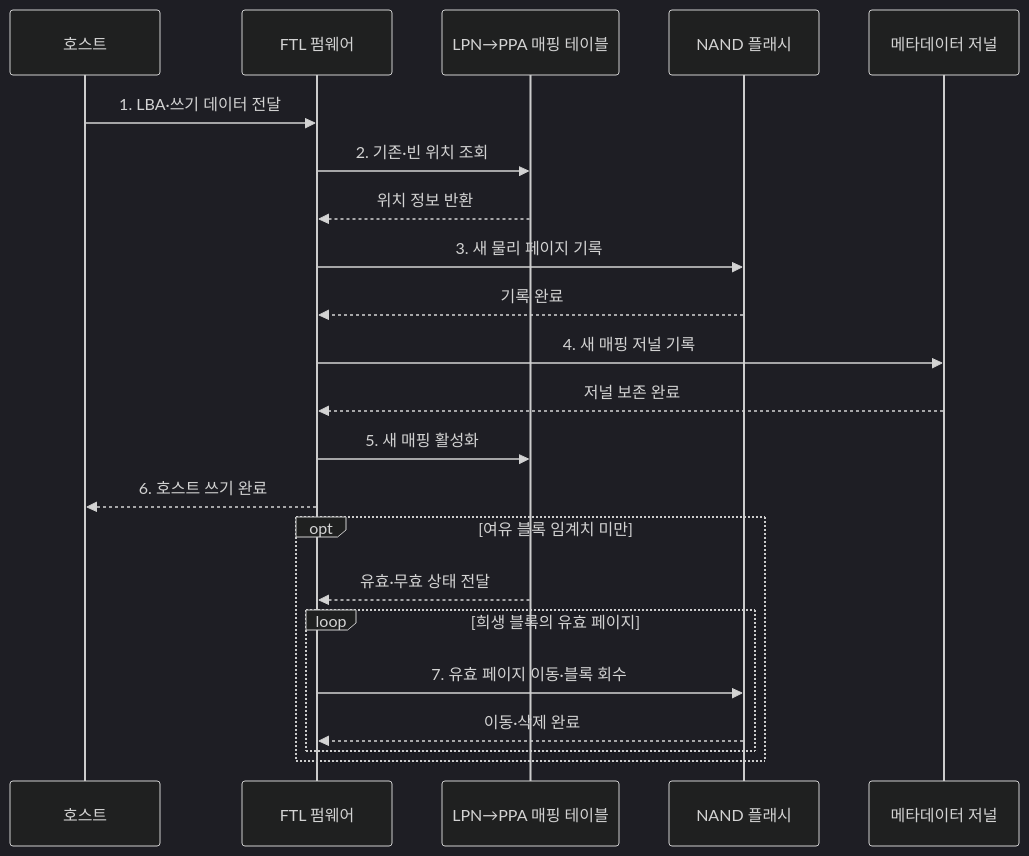
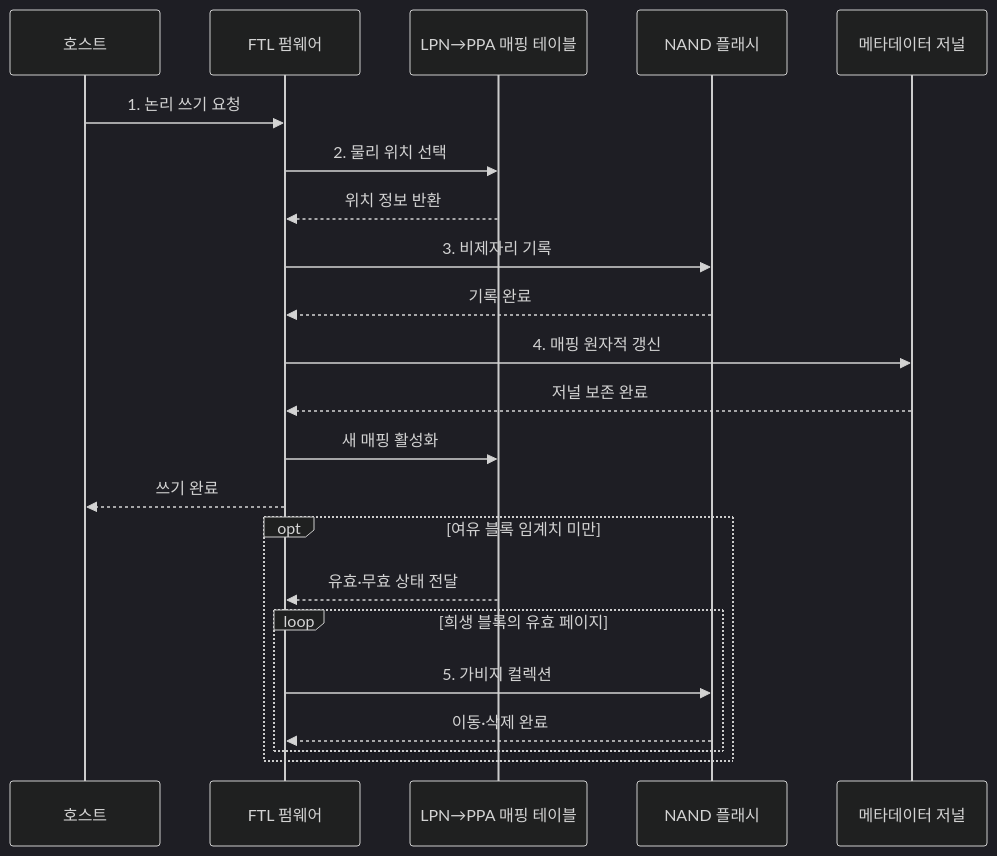
One commit to agnusdei1207/knowledge-base changed the second of 2 diagrams in src/content/docs/notes/02-hardware/030_ssd_ftl.md. Above: the diagram before and after it, drawn with Mermaid (dark theme). The commit also changed other lines of this file and 86 other files, not shown here.

````diff
--- a/src/content/docs/notes/02-hardware/030_ssd_ftl.md
+++ b/src/content/docs/notes/02-hardware/030_ssd_ftl.md
@@ -96,25 +96,25 @@
 ```mermaid
 sequenceDiagram
     participant H as 호스트
     participant F as FTL 펌웨어
     participant M as LPN→PPA 매핑 테이블
     participant N as NAND 플래시
     participant J as 메타데이터 저널
 
-    H->>F: 1. LBA·쓰기 데이터 전달
-    F->>M: 2. 기존·빈 위치 조회
+    H->>F: 1. 논리 쓰기 요청
+    F->>M: 2. 물리 위치 선택
     M-->>F: 위치 정보 반환
-    F->>N: 3. 새 물리 페이지 기록
+    F->>N: 3. 비제자리 기록
     N-->>F: 기록 완료
-    F->>J: 4. 새 매핑 저널 기록
+    F->>J: 4. 매핑 원자적 갱신
     J-->>F: 저널 보존 완료
-    F->>M: 5. 새 매핑 활성화
-    F-->>H: 6. 호스트 쓰기 완료
+    F->>M: 새 매핑 활성화
+    F-->>H: 쓰기 완료
     opt 여유 블록 임계치 미만
         M-->>F: 유효·무효 상태 전달
         loop 희생 블록의 유효 페이지
-            F->>N: 7. 유효 페이지 이동·블록 회수
+            F->>N: 5. 가비지 컬렉션
             N-->>F: 이동·삭제 완료
         end
     end
 ```
````
